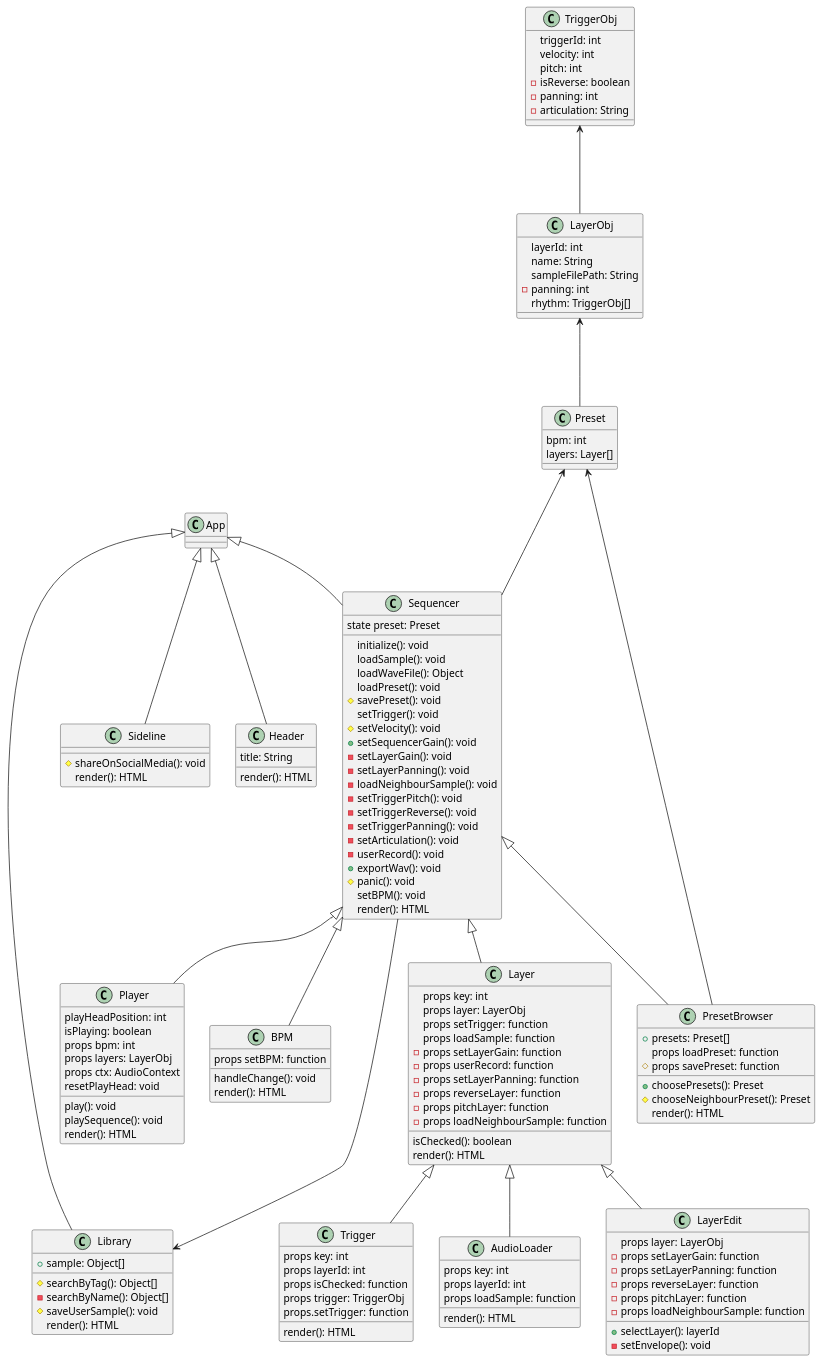
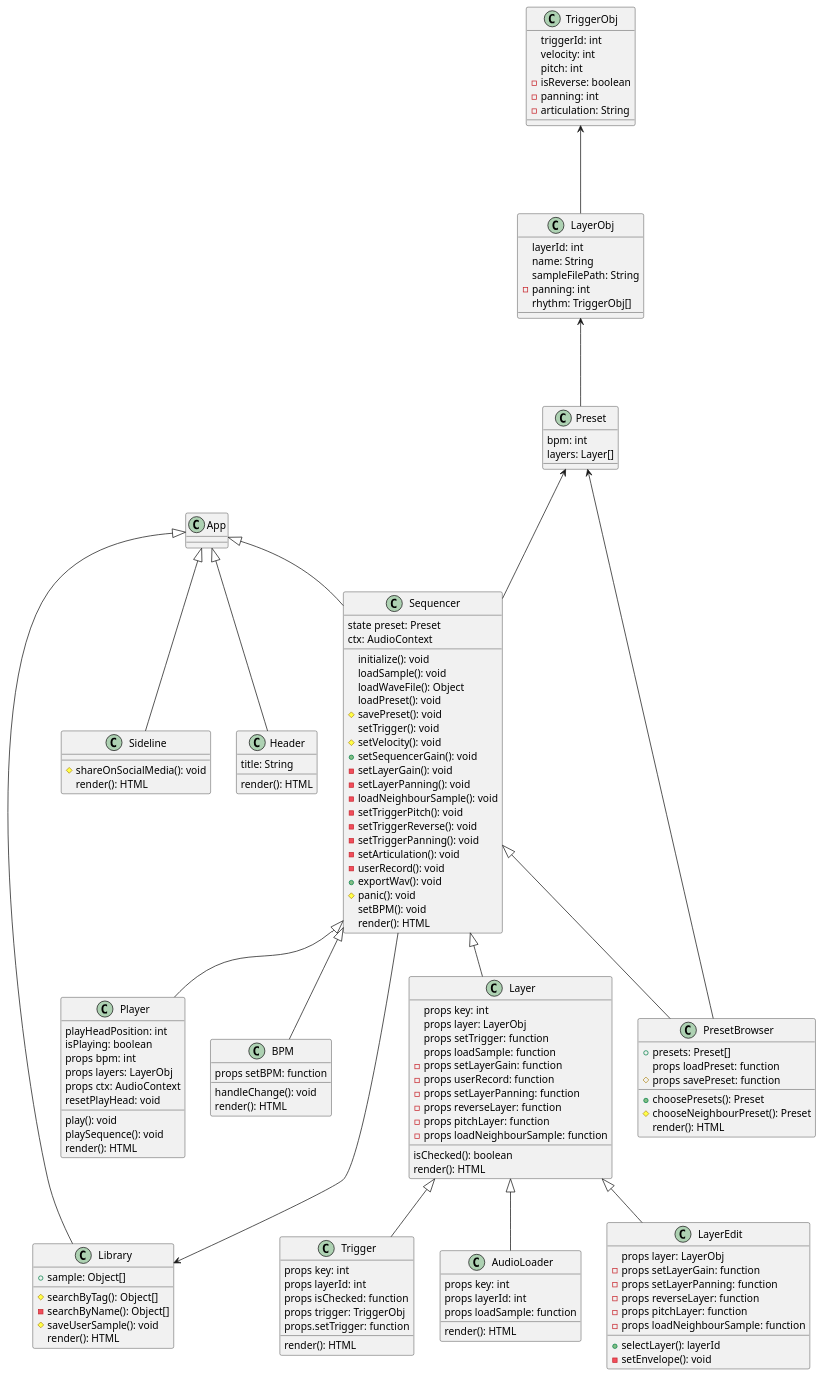
The diagram in the-audio-mashine/src/Global_UML.puml (jakobgetz/TheAudioMachine), drawn with PlantUML before and after one commit. The commit also changed 1 other file, not shown here.

Commit message:
Removed ctx (AudioContext) from state and added it as a normal globale variable

```diff
--- a/the-audio-mashine/src/Global_UML.puml
+++ b/the-audio-mashine/src/Global_UML.puml
@@ -1,142 +1,143 @@
 @startuml
 class App
 
 class Header extends App {
     title: String
     render(): HTML
 }
 
 class Sequencer extends App {
     state preset: Preset
+    ctx: AudioContext
     initialize(): void
     loadSample(): void
     loadWaveFile(): Object
     loadPreset(): void
     #savePreset(): void
     setTrigger(): void
     #setVelocity(): void
     +setSequencerGain(): void
     -setLayerGain(): void
     -setLayerPanning(): void
     -loadNeighbourSample(): void
     -setTriggerPitch(): void
     -setTriggerReverse(): void
     -setTriggerPanning(): void
     -setArticulation(): void
     -userRecord(): void
     +exportWav(): void
     #panic(): void
     setBPM(): void
     render(): HTML
 }
 
 class PresetBrowser extends Sequencer {
     +presets: Preset[]
     props loadPreset: function
     #props savePreset: function
     +choosePresets(): Preset
     #chooseNeighbourPreset(): Preset
     render(): HTML
 }
 
 class BPM extends Sequencer {
     props setBPM: function
     handleChange(): void
     render(): HTML
 }
 
 class Layer extends Sequencer {
     props key: int
     props layer: LayerObj
     props setTrigger: function
     props loadSample: function
     -props setLayerGain: function
     -props userRecord: function
     -props setLayerPanning: function
     -props reverseLayer: function
     -props pitchLayer: function
     -props loadNeighbourSample: function
     isChecked(): boolean
     render(): HTML
 }
 
 class LayerEdit extends Layer {
     props layer: LayerObj
     -props setLayerGain: function
     -props setLayerPanning: function
     -props reverseLayer: function
     -props pitchLayer: function
     -props loadNeighbourSample: function
     +selectLayer(): layerId
     -setEnvelope(): void
 }
 
 class Trigger extends Layer {
     props key: int
     props layerId: int
     props isChecked: function
     props trigger: TriggerObj
     props.setTrigger: function
     render(): HTML
 }
 
 class AudioLoader extends Layer {
     props key: int
     props layerId: int
     props loadSample: function
     render(): HTML
 }
 
 class Player extends Sequencer {
     playHeadPosition: int
     isPlaying: boolean
     props bpm: int
     props layers: LayerObj
     props ctx: AudioContext
     play(): void
     playSequence(): void
     resetPlayHead: void
     render(): HTML
 }
 
 class Library extends App {
     +sample: Object[]
     #searchByTag(): Object[]
     -searchByName(): Object[]
     #saveUserSample(): void
     render(): HTML
 }
 
 class Sideline extends App {
     #shareOnSocialMedia(): void
     render(): HTML
 }
 
 class Preset {
     bpm: int
     layers: Layer[]
 }
 
 class LayerObj {
     layerId: int
     name: String
     sampleFilePath: String
     -panning: int
     rhythm: TriggerObj[]
 }
 
 class TriggerObj {
     triggerId: int
     velocity: int
     pitch: int
     -isReverse: boolean
     -panning: int
     -articulation: String
 }
 
 Sequencer ---> Library
 Preset <--- Sequencer
 Preset <--- PresetBrowser
 LayerObj <--- Preset
 TriggerObj <--- LayerObj
 @enduml
```
